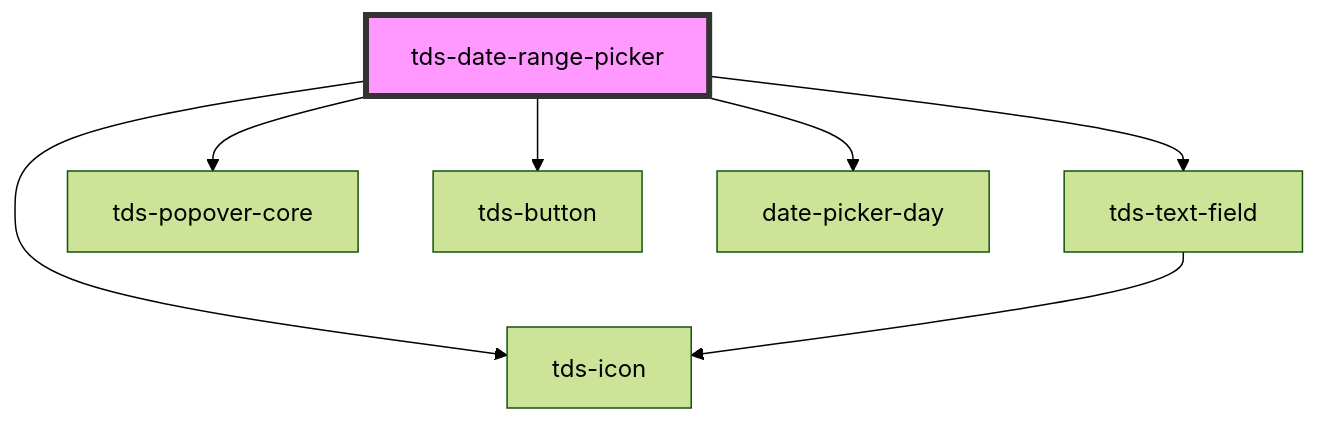
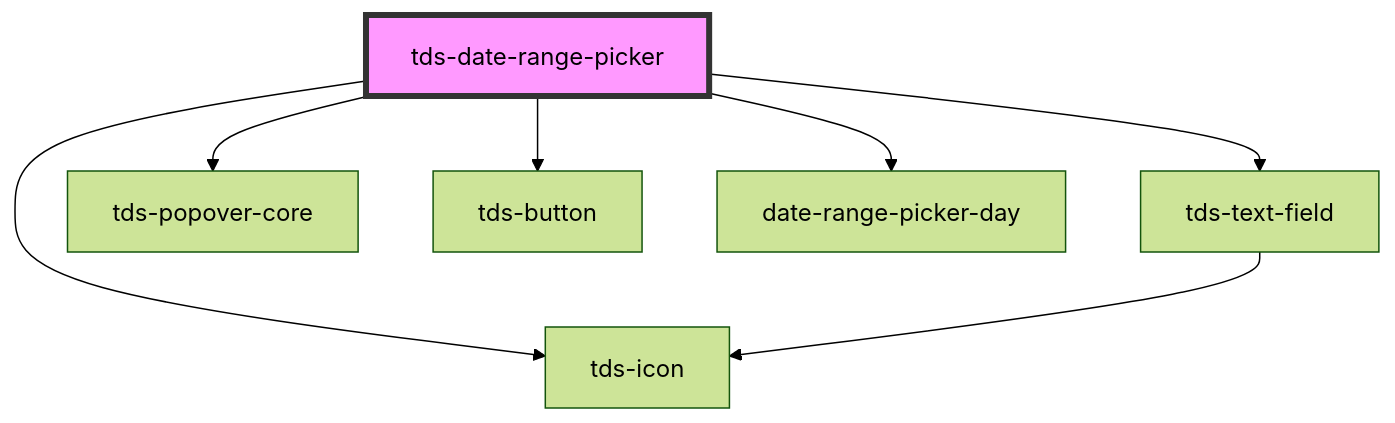
One commit to scania-digital-design-system/tegel changed the diagram in packages/core/src/components/date-range-picker/readme.md. Above: the diagram before and after it, drawn with Mermaid (forest theme). The commit also changed other lines of this file and 10 other files, not shown here.

````diff
--- a/packages/core/src/components/date-range-picker/readme.md
+++ b/packages/core/src/components/date-range-picker/readme.md
@@ -45,10 +45,10 @@
 ```mermaid
 graph TD;
   tds-date-range-picker --> tds-text-field
   tds-date-range-picker --> tds-icon
   tds-date-range-picker --> tds-popover-core
   tds-date-range-picker --> tds-button
-  tds-date-range-picker --> date-picker-day
+  tds-date-range-picker --> date-range-picker-day
   tds-text-field --> tds-icon
   style tds-date-range-picker fill:#f9f,stroke:#333,stroke-width:4px
 ```
````
